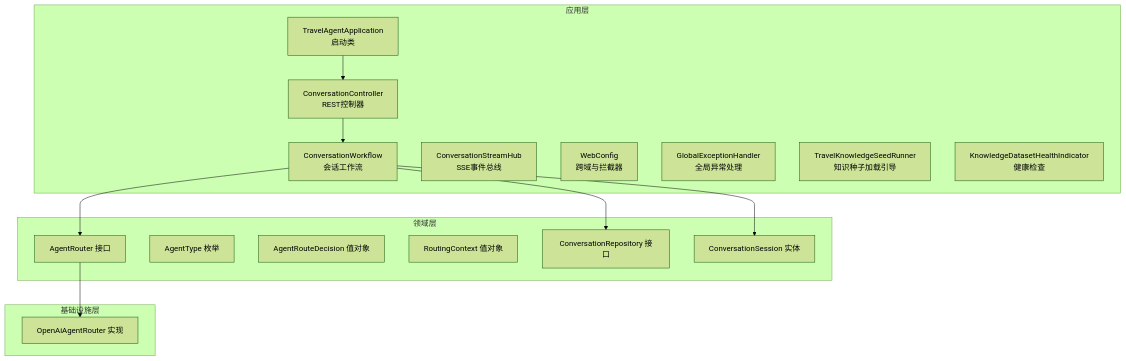
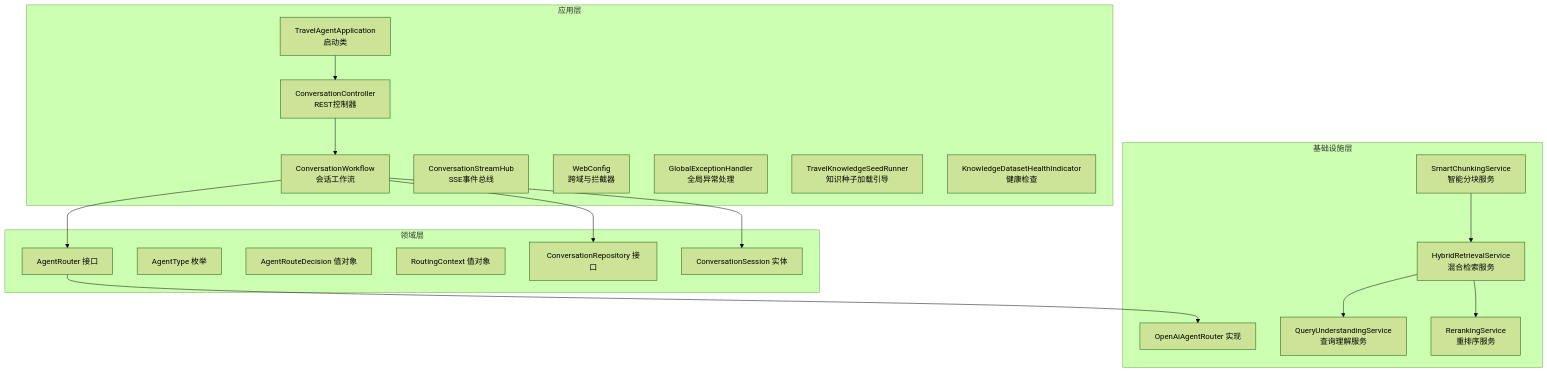
The first of 9 diagrams in .qoder/repowiki/zh/content/后端开发指南.md (Sinlair/TravelAgent), drawn with Mermaid (forest theme) before and after one commit. The commit also changed other lines of this file and 53 other files, not shown here.

````diff
--- a/.qoder/repowiki/zh/content/后端开发指南.md
+++ b/.qoder/repowiki/zh/content/后端开发指南.md
@@ -52,28 +70,35 @@
 ```mermaid
 graph TB
 subgraph "应用层"
 A1["TravelAgentApplication<br/>启动类"]
 A2["ConversationController<br/>REST控制器"]
 A3["ConversationWorkflow<br/>会话工作流"]
 A4["ConversationStreamHub<br/>SSE事件总线"]
 A5["WebConfig<br/>跨域与拦截器"]
 A6["GlobalExceptionHandler<br/>全局异常处理"]
 A7["TravelKnowledgeSeedRunner<br/>知识种子加载引导"]
 A8["KnowledgeDatasetHealthIndicator<br/>健康检查"]
 end
 subgraph "领域层"
 D1["AgentRouter 接口"]
 D2["AgentType 枚举"]
 D3["AgentRouteDecision 值对象"]
 D4["RoutingContext 值对象"]
 D5["ConversationRepository 接口"]
 D6["ConversationSession 实体"]
 end
 subgraph "基础设施层"
 I1["OpenAiAgentRouter 实现"]
+I2["HybridRetrievalService<br/>混合检索服务"]
+I3["QueryUnderstandingService<br/>查询理解服务"]
+I4["RerankingService<br/>重排序服务"]
+I5["SmartChunkingService<br/>智能分块服务"]
 end
 A1 --> A2 --> A3 --> D1
 A3 --> D5
 A3 --> D6
 D1 --> I1
+I2 --> I3
+I2 --> I4
+I5 --> I2
 ```
````
